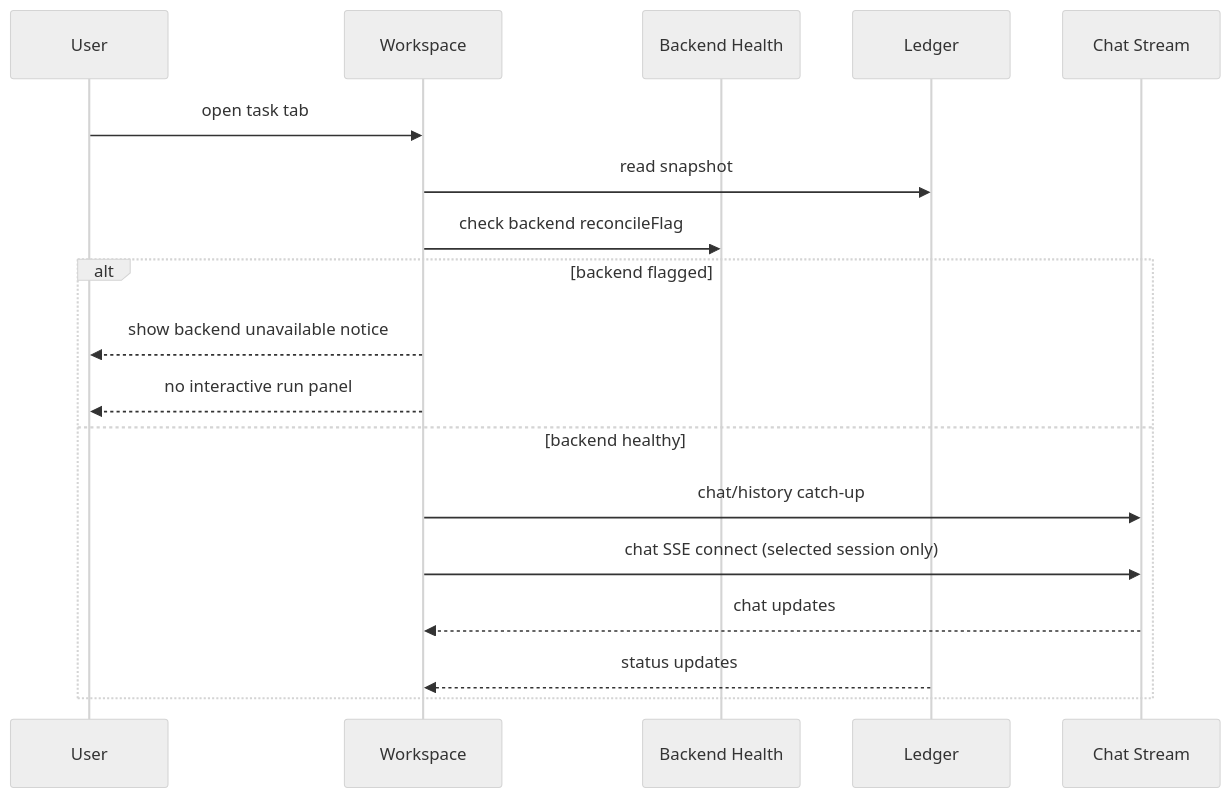
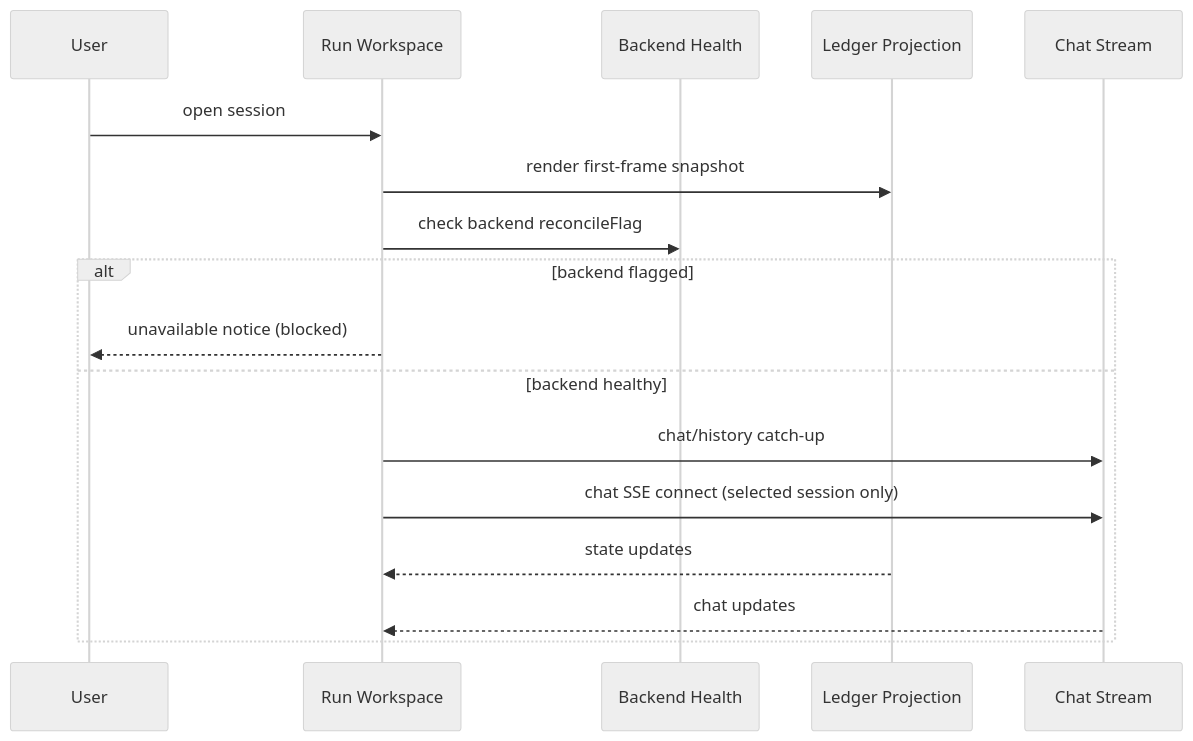
The diagram in doc/components/skillrunner-provider-global-run-workspace-tabs-ssot.md (leike0813/Zotero-Skills), drawn with Mermaid (neutral theme) before and after one commit. The commit also changed other lines of this file and 50 other files, not shown here.

````diff
--- a/doc/components/skillrunner-provider-global-run-workspace-tabs-ssot.md
+++ b/doc/components/skillrunner-provider-global-run-workspace-tabs-ssot.md
@@ -96,21 +110,20 @@
 ```mermaid
 sequenceDiagram
     participant U as User
-    participant WS as Workspace
+    participant WS as Run Workspace
     participant H as Backend Health
-    participant LD as Ledger
+    participant LD as Ledger Projection
     participant CH as Chat Stream
 
-    U->>WS: open task tab
-    WS->>LD: read snapshot
+    U->>WS: open session
+    WS->>LD: render first-frame snapshot
     WS->>H: check backend reconcileFlag
     alt backend flagged
-      WS-->>U: show backend unavailable notice
-      WS-->>U: no interactive run panel
+      WS-->>U: unavailable notice (blocked)
     else backend healthy
       WS->>CH: chat/history catch-up
       WS->>CH: chat SSE connect (selected session only)
+      LD-->>WS: state updates
       CH-->>WS: chat updates
-      LD-->>WS: status updates
     end
 ```
````
